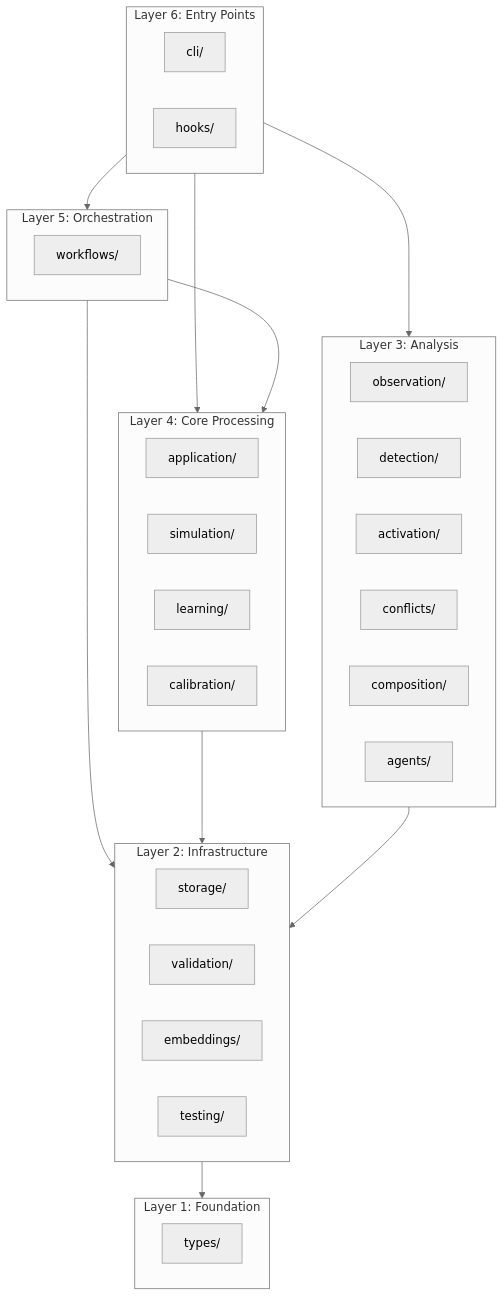
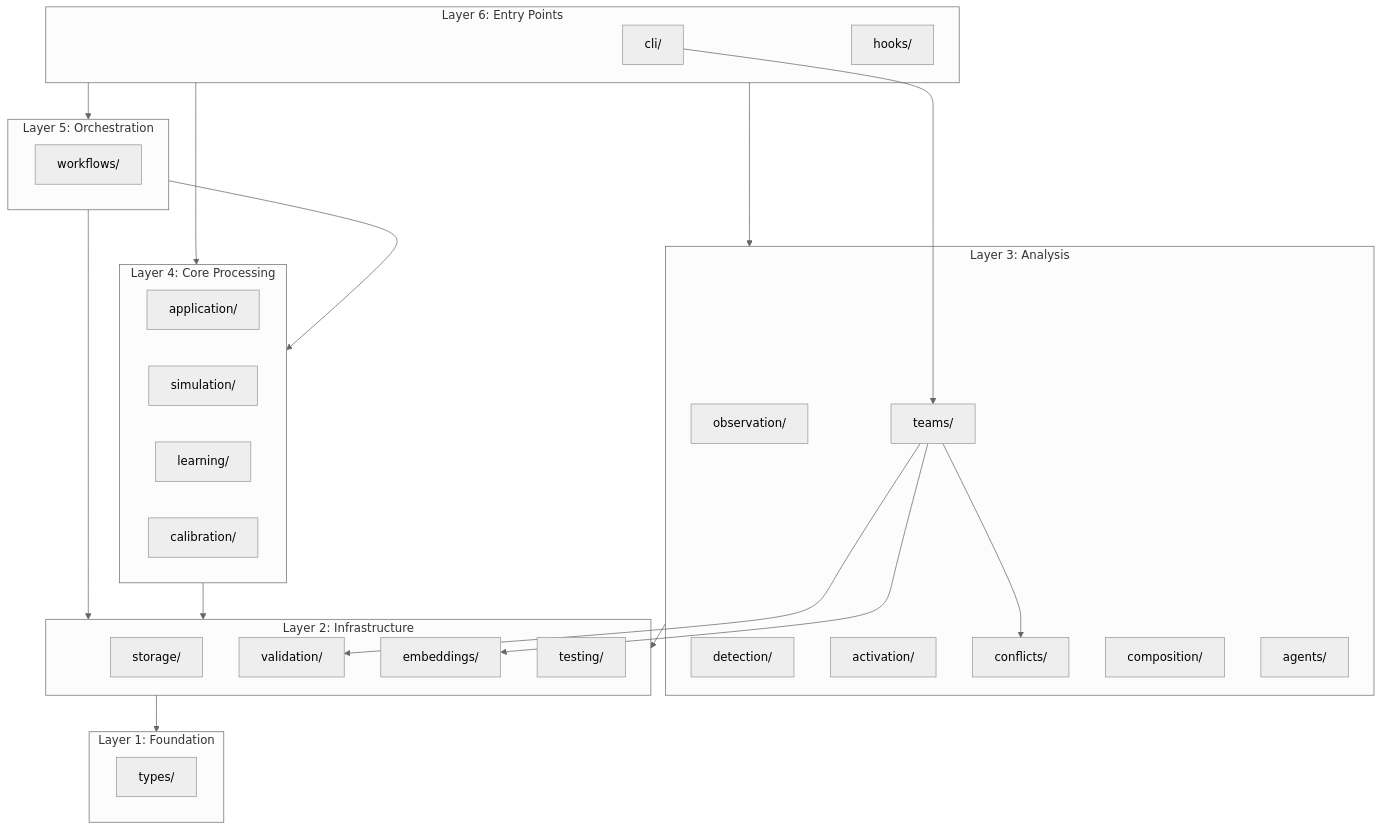
The diagram in docs/architecture/layers.md (Tibsfox/gsd-skill-creator), drawn with Mermaid (neutral theme) before and after one commit. The commit also changed other lines of this file, not shown here.

First line of the commit message:
docs(29-03): update layers.md with teams/ module

````diff
--- a/docs/architecture/layers.md
+++ b/docs/architecture/layers.md
@@ -50,47 +51,53 @@
 ```mermaid
 graph TB
     subgraph L6["Layer 6: Entry Points"]
         CLI[cli/]
         Hooks[hooks/]
     end
 
     subgraph L5["Layer 5: Orchestration"]
         Workflows[workflows/]
     end
 
     subgraph L4["Layer 4: Core Processing"]
         App[application/]
         Sim[simulation/]
         Learn[learning/]
         Cal[calibration/]
     end
 
     subgraph L3["Layer 3: Analysis"]
         Obs[observation/]
         Det[detection/]
         Act[activation/]
         Conf[conflicts/]
         Comp[composition/]
         Agents[agents/]
+        Teams[teams/]
     end
 
     subgraph L2["Layer 2: Infrastructure"]
         Store[storage/]
         Val[validation/]
         Emb[embeddings/]
         Test[testing/]
     end
 
     subgraph L1["Layer 1: Foundation"]
         Types[types/]
     end
 
     L6 --> L5
     L6 --> L4
     L6 --> L3
     L5 --> L4
     L5 --> L2
     L4 --> L2
     L3 --> L2
     L2 --> L1
+
+    CLI --> Teams
+    Teams --> Val
+    Teams --> Emb
+    Teams --> Conf
 ```
````
